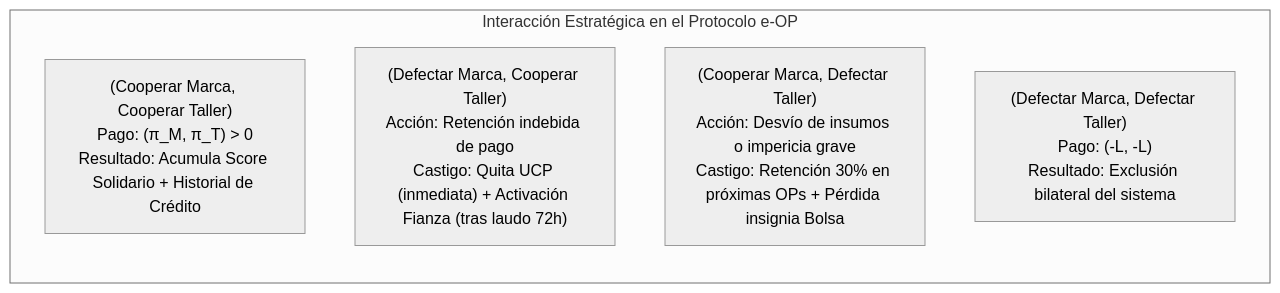
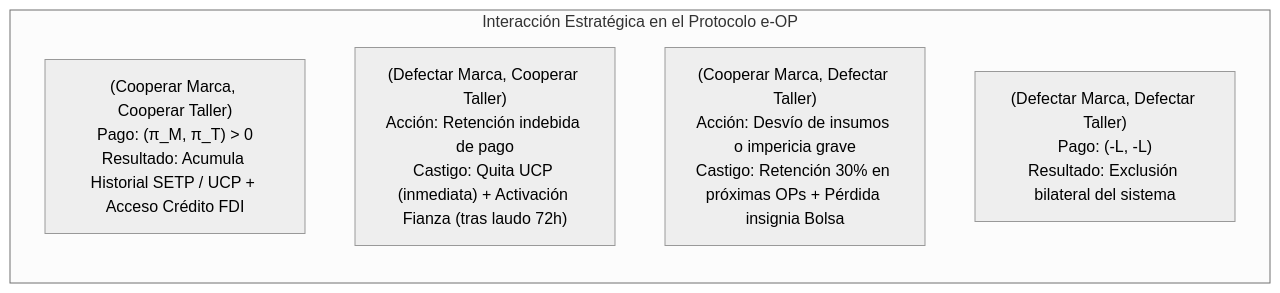
The fifth of 6 diagrams in docs/md/paper_protocolo_eop_gobernanza_industrial.md (sarthouse/indinopy), drawn with Mermaid (neutral theme) before and after one commit. The commit also changed other lines of this file and 24 other files, not shown here.

````diff
--- a/docs/md/paper_protocolo_eop_gobernanza_industrial.md
+++ b/docs/md/paper_protocolo_eop_gobernanza_industrial.md
@@ -396,10 +396,10 @@
 ```mermaid
 graph TD
     subgraph JUEGO["Interacción Estratégica en el Protocolo e-OP"]
         direction TB
-        E1["(Cooperar Marca, Cooperar Taller)\nPago: (π_M, π_T) > 0\nResultado: Acumula Score Solidario + Historial de Crédito"]
+        E1["(Cooperar Marca, Cooperar Taller)\nPago: (π_M, π_T) > 0\nResultado: Acumula Historial SETP / UCP + Acceso Crédito FDI"]
         E2["(Defectar Marca, Cooperar Taller)\nAcción: Retención indebida de pago\nCastigo: Quita UCP (inmediata) + Activación Fianza (tras laudo 72h)"]
         E3["(Cooperar Marca, Defectar Taller)\nAcción: Desvío de insumos o impericia grave\nCastigo: Retención 30% en próximas OPs + Pérdida insignia Bolsa"]
         E4["(Defectar Marca, Defectar Taller)\nPago: (-L, -L)\nResultado: Exclusión bilateral del sistema"]
     end
 ```
````
